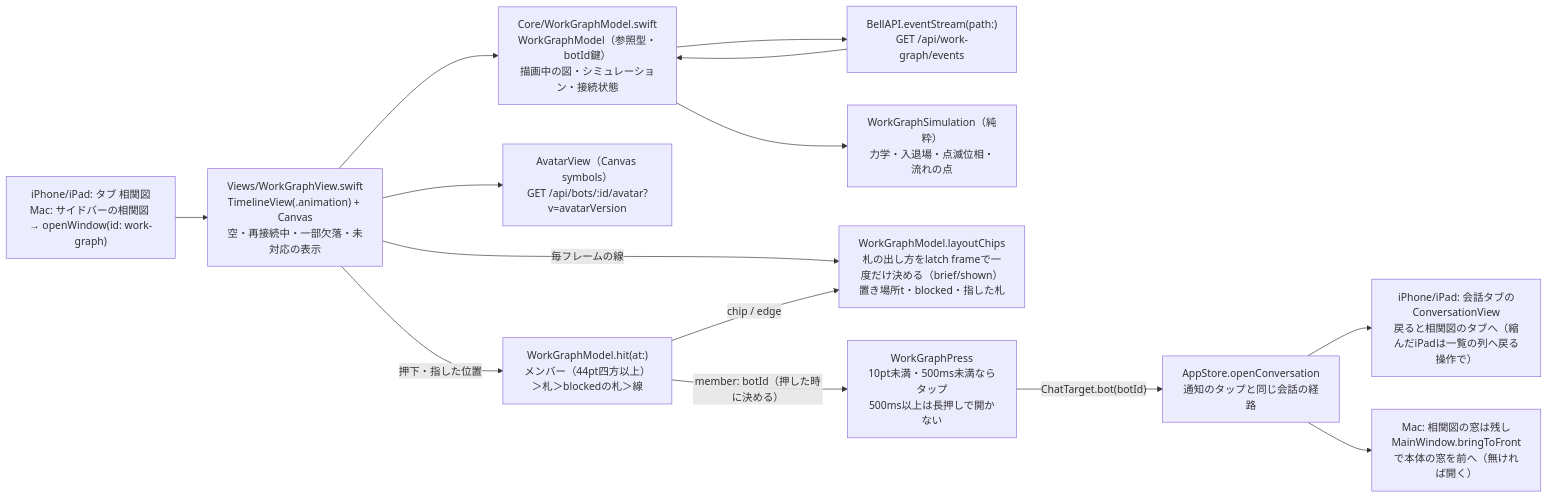
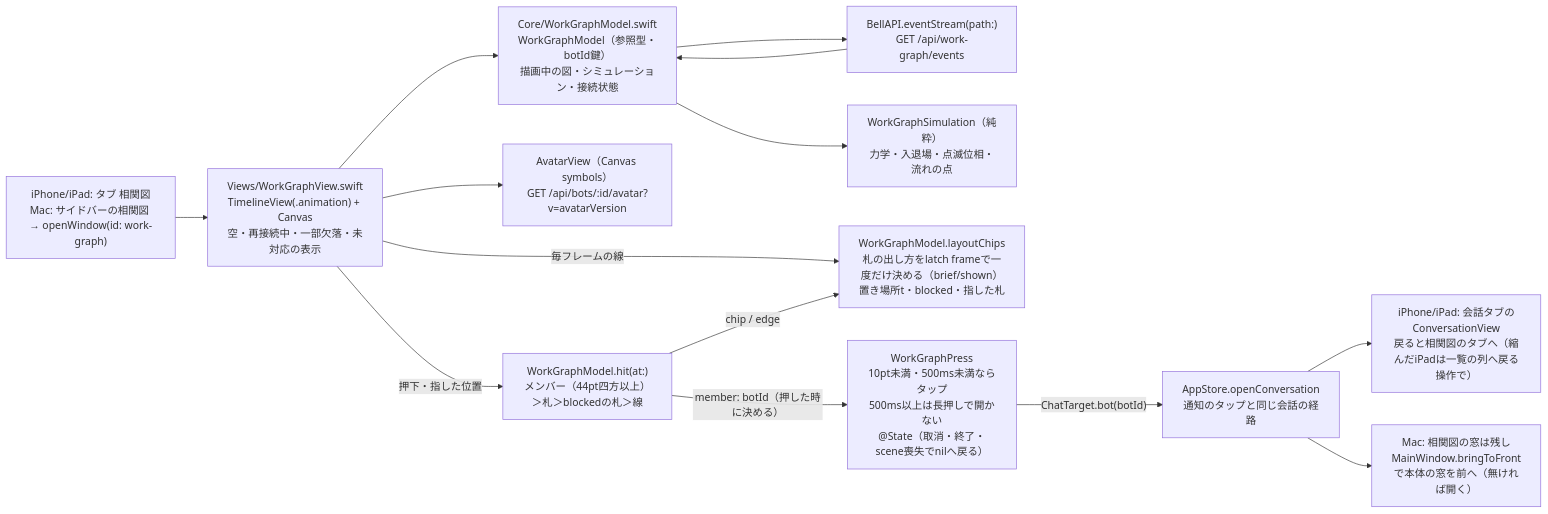
One commit to kitepon/BellTeam changed the diagram in docs/architecture/modules/apple/work-graph.md. Above: the diagram before and after it, drawn with Mermaid. The commit also changed other lines of this file and 3 other files, not shown here.

First line of the commit message:
Apple work graph: reset the press on cancel; a fresh gesture is identified by state, not location

````diff
--- a/docs/architecture/modules/apple/work-graph.md
+++ b/docs/architecture/modules/apple/work-graph.md
@@ -7,16 +7,16 @@
 ```mermaid
 flowchart LR
   Nav["iPhone/iPad: タブ 相関図<br/>Mac: サイドバーの相関図 → openWindow(id: work-graph)"] --> View["Views/WorkGraphView.swift<br/>TimelineView(.animation) + Canvas<br/>空・再接続中・一部欠落・未対応の表示"]
   View --> Model["Core/WorkGraphModel.swift<br/>WorkGraphModel（参照型・botId鍵）<br/>描画中の図・シミュレーション・接続状態"]
   Model --> Stream["BellAPI.eventStream(path:)<br/>GET /api/work-graph/events"]
   Stream --> Model
   Model --> Sim["WorkGraphSimulation（純粋）<br/>力学・入退場・点滅位相・流れの点"]
   View --> Avatar["AvatarView（Canvas symbols）<br/>GET /api/bots/:id/avatar?v=avatarVersion"]
   View -->|"毎フレームの線"| Chips["WorkGraphModel.layoutChips<br/>札の出し方をlatch frameで一度だけ決める（brief/shown）<br/>置き場所t・blocked・指した札"]
   View -->|"押下・指した位置"| Hit["WorkGraphModel.hit(at:)<br/>メンバー（44pt四方以上）＞札＞blockedの札＞線"]
-  Hit -->|"member: botId（押した時に決める）"| Press["WorkGraphPress<br/>10pt未満・500ms未満ならタップ<br/>500ms以上は長押しで開かない"]
+  Hit -->|"member: botId（押した時に決める）"| Press["WorkGraphPress<br/>10pt未満・500ms未満ならタップ<br/>500ms以上は長押しで開かない<br/>@State（取消・終了・scene喪失でnilへ戻る）"]
   Hit -->|"chip / edge"| Chips
   Press -->|"ChatTarget.bot(botId)"| Route["AppStore.openConversation<br/>通知のタップと同じ会話の経路"]
   Route --> Chat["iPhone/iPad: 会話タブのConversationView<br/>戻ると相関図のタブへ（縮んだiPadは一覧の列へ戻る操作で）"]
   Route --> Main["Mac: 相関図の窓は残し<br/>MainWindow.bringToFrontで本体の窓を前へ（無ければ開く）"]
 ```
````
